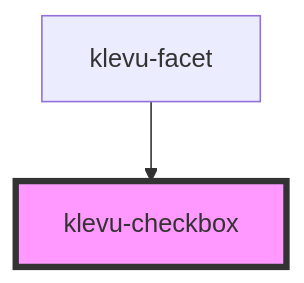
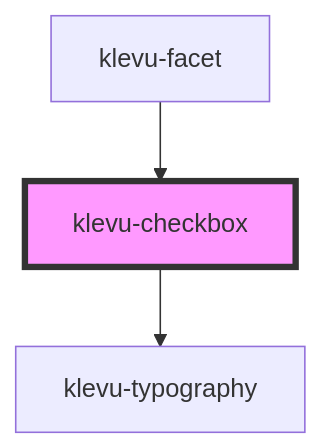
Before and after one commit to klevultd/frontend-sdk: the diagram in packages/klevu-ui/src/components/klevu-checkbox/readme.md, drawn with Mermaid. The commit also changed other lines of this file and 17 other files, not shown here.

````diff
--- a/packages/klevu-ui/src/components/klevu-checkbox/readme.md
+++ b/packages/klevu-ui/src/components/klevu-checkbox/readme.md
@@ -33,5 +44,6 @@
 ```mermaid
 graph TD;
+  klevu-checkbox --> klevu-typography
   klevu-facet --> klevu-checkbox
   style klevu-checkbox fill:#f9f,stroke:#333,stroke-width:4px
 ```
````
